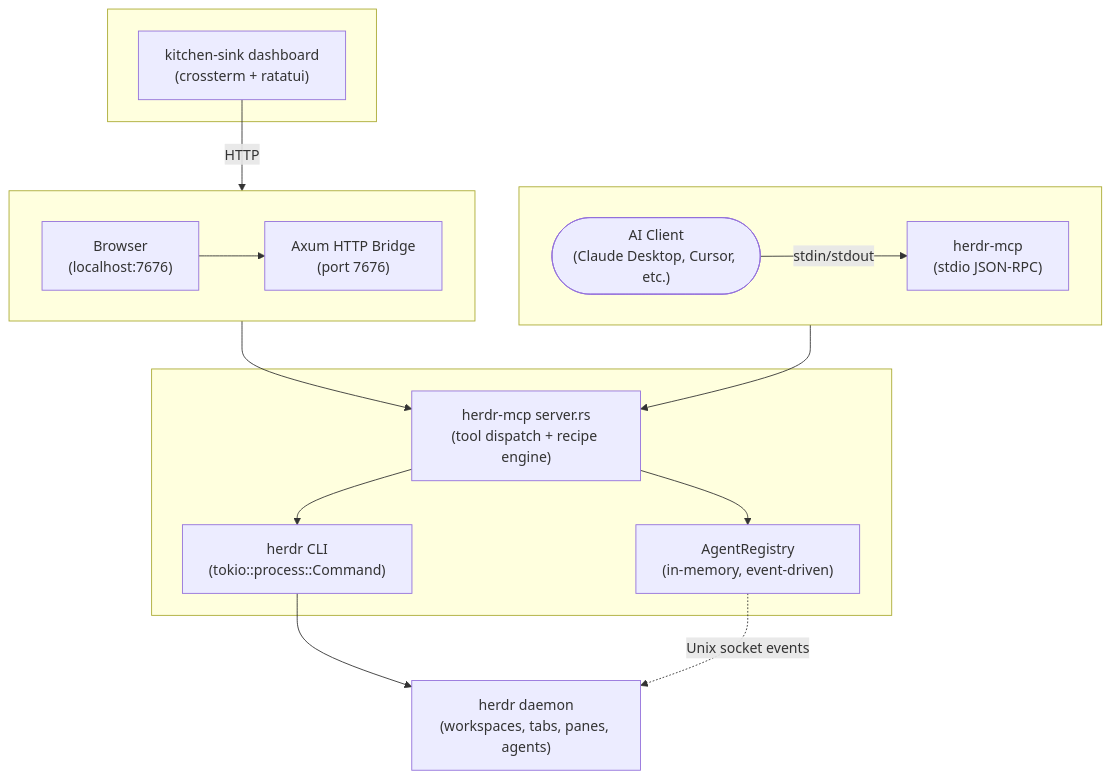
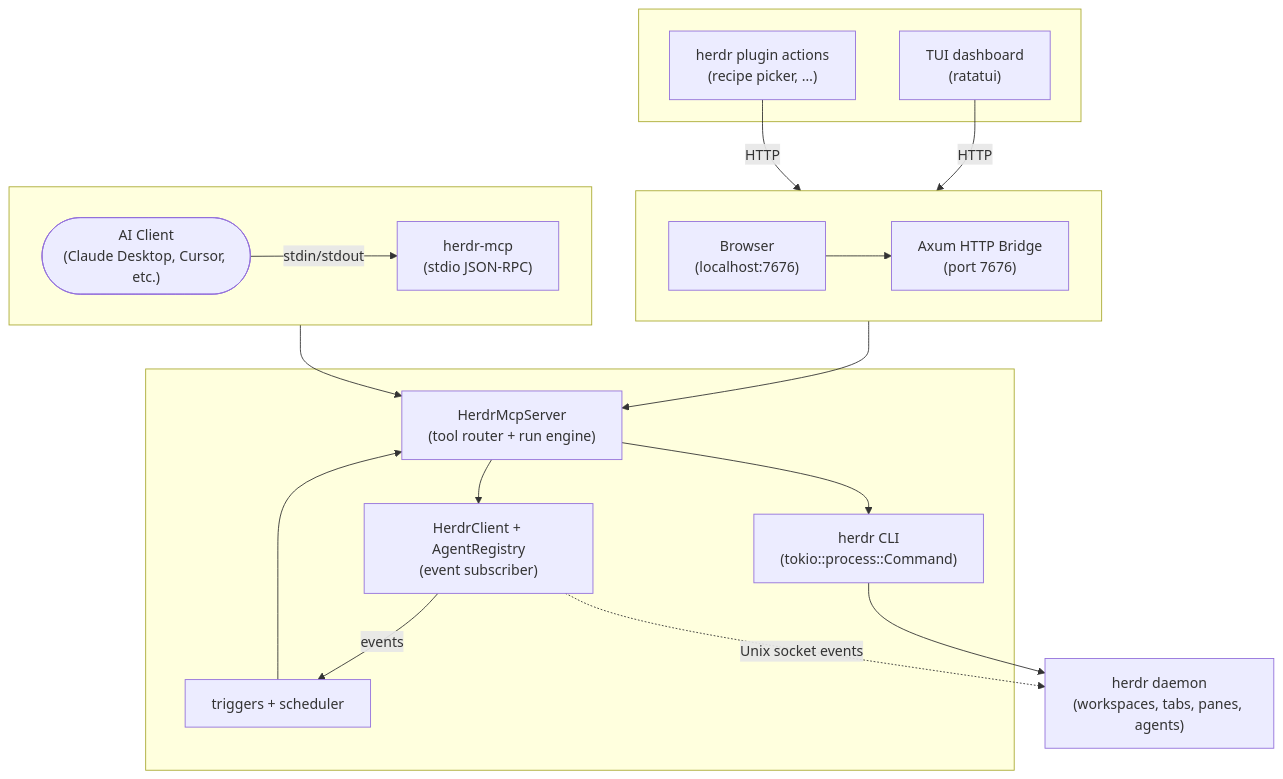
The diagram in README.md (eugeneb50/herdr-mcp), drawn with Mermaid before and after one commit. The commit also changed other lines of this file and 4 other files, not shown here.

````diff
--- a/README.md
+++ b/README.md
@@ -74,34 +75,39 @@
 ```mermaid
 graph TB
     subgraph MCP[" "]
         direction LR
         AI(["AI Client<br/>(Claude Desktop, Cursor, etc.)"])
         STDIO["herdr-mcp<br/>(stdio JSON-RPC)"]
         AI -- stdin/stdout --> STDIO
     end
 
     subgraph HTTP[" "]
         direction LR
         B1["Browser<br/>(localhost:7676)"]
         AXUM["Axum HTTP Bridge<br/>(port 7676)"]
         B1 --> AXUM
     end
 
-    subgraph TUI[" "]
-        DASH["kitchen-sink dashboard<br/>(crossterm + ratatui)"]
+    subgraph CLIENTS[" "]
+        DASH["TUI dashboard<br/>(ratatui)"]
+        PLUG["herdr plugin actions<br/>(recipe picker, …)"]
     end
 
     subgraph CORE[" "]
-        TOOL["herdr-mcp server.rs<br/>(tool dispatch + recipe engine)"]
+        TOOL["HerdrMcpServer<br/>(tool router + run engine)"]
+        TRIG["triggers + scheduler"]
         CLI["herdr CLI<br/>(tokio::process::Command)"]
-        REG["AgentRegistry<br/>(in-memory, event-driven)"]
+        REG["HerdrClient + AgentRegistry<br/>(event subscriber)"]
     end
 
     STDIO --> TOOL
     AXUM --> TOOL
     DASH -->|HTTP| AXUM
+    PLUG -->|HTTP| AXUM
+    TRIG --> TOOL
+    REG -->|events| TRIG
     TOOL --> CLI
     TOOL --> REG
     CLI --> DAEMON["herdr daemon<br/>(workspaces, tabs, panes, agents)"]
     REG -.->|Unix socket events| DAEMON
 ```
````
